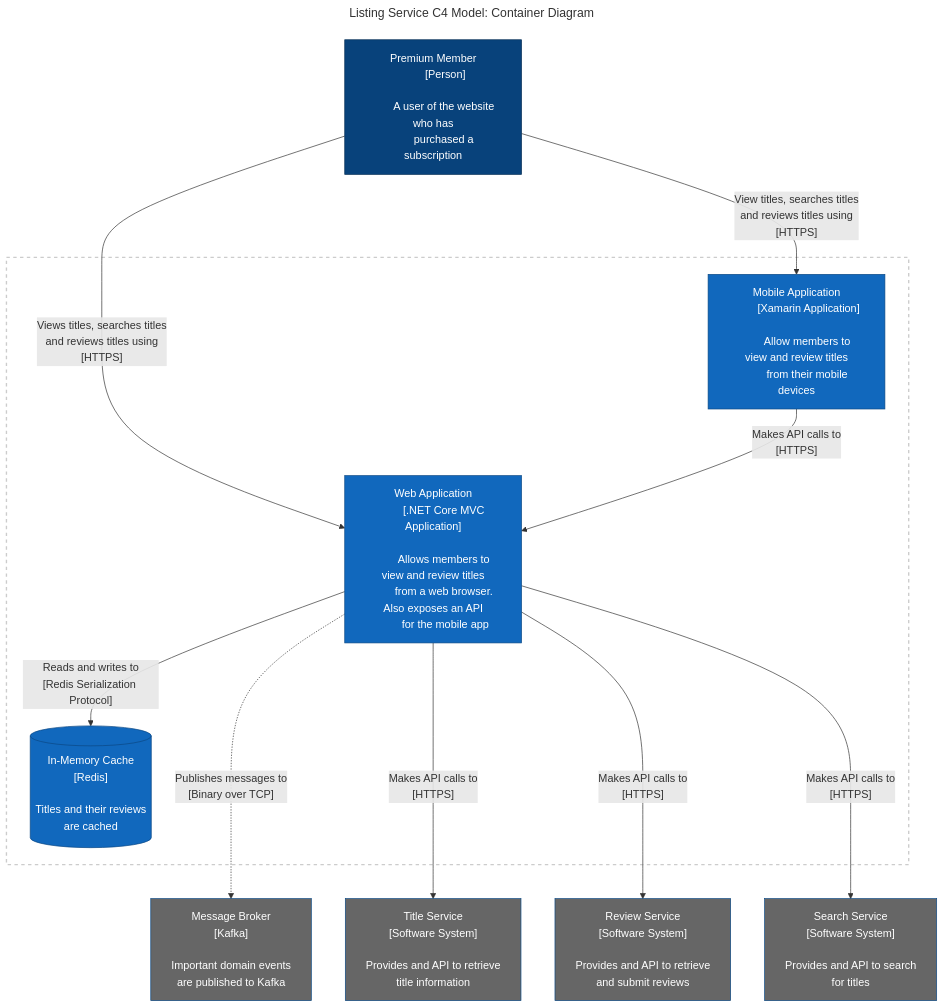
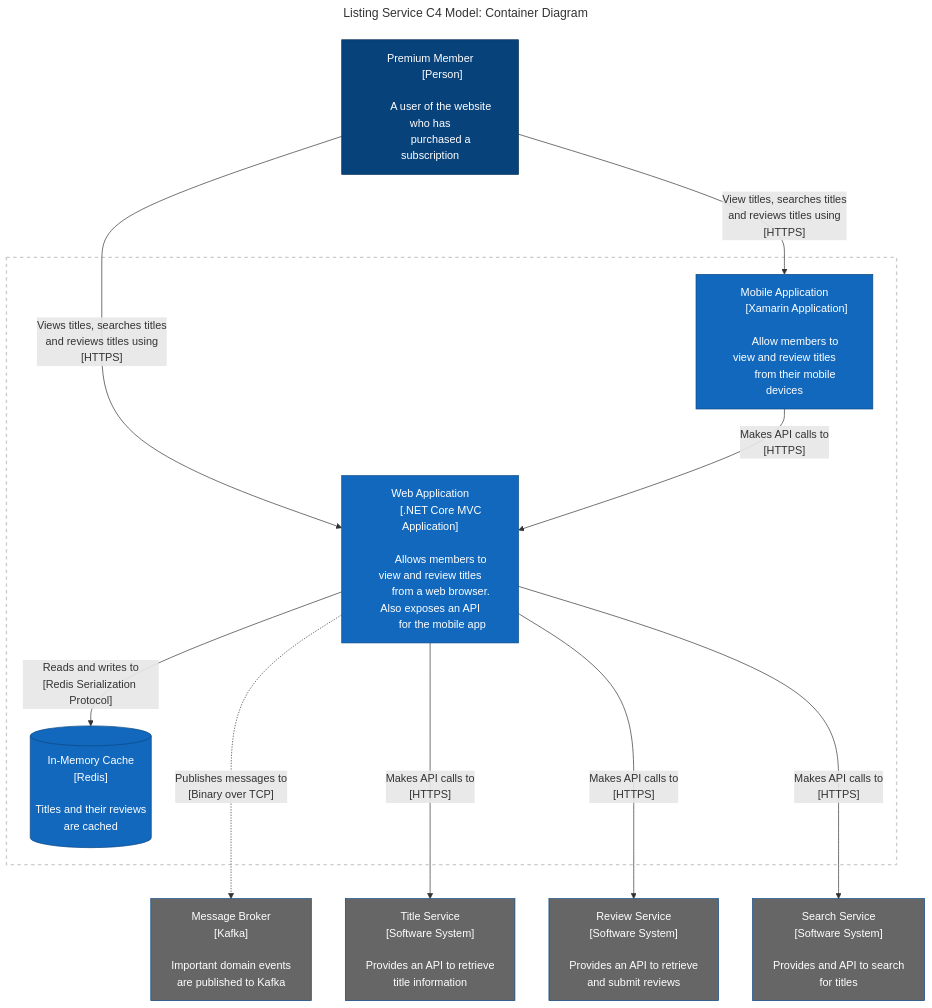
One commit to alextanhongpin/learn-mermaid changed the third of 4 diagrams in 05_detail_your_system_container.md. Above: the diagram before and after it, drawn with Mermaid. The commit also changed other lines of this file and 1 other file, not shown here.

Commit message:
chore: update diagram

```diff
--- a/05_detail_your_system_container.md
+++ b/05_detail_your_system_container.md
@@ -142,14 +142,14 @@
     TS["Title Service
         [Software System]
 
-        Provides and API to retrieve
+        Provides an API to retrieve
         title information
     "]
 
     RS["Review Service
         [Software System]
 
-        Provides and API to retrieve
+        Provides an API to retrieve
         and submit reviews
     "]
 
```
